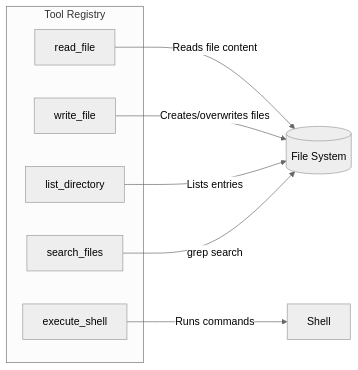
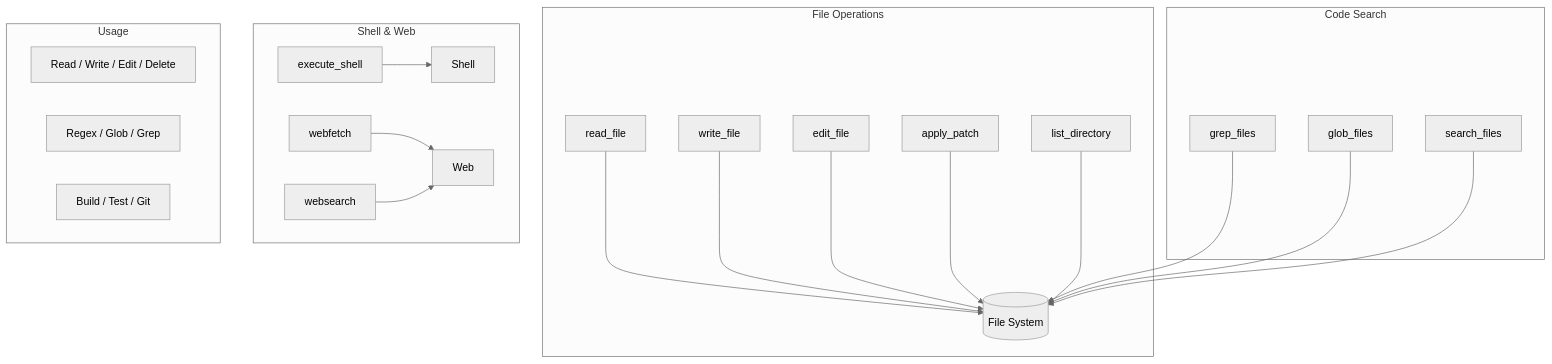
Before and after one commit to krsatyam36/xyz: the fifth of 8 diagrams in README.md, drawn with Mermaid (neutral theme). The commit also changed other lines of this file and 44 other files, not shown here.

````diff
--- a/README.md
+++ b/README.md
@@ -377,16 +467,28 @@
 ```mermaid
-graph LR
-    subgraph "Tool Registry"
-        RF[read_file]
-        WF[write_file]
-        LD[list_directory]
-        ES[execute_shell]
-        SF[search_files]
+graph TB
+    subgraph "File Operations"
+        RF[read_file] --> FS[(File System)]
+        WF[write_file] --> FS
+        EF[edit_file] --> FS
+        AP[apply_patch] --> FS
+        LD[list_directory] --> FS
     end
 
-    RF --> |Reads file content| FS[(File System)]
-    WF --> |Creates/overwrites files| FS
-    LD --> |Lists entries| FS
-    ES --> |Runs commands| Shell[Shell]
-    SF --> |grep search| FS
+    subgraph "Code Search"
+        GF[grep_files] --> FS
+        GL[glob_files] --> FS
+        SF[search_files] --> FS
+    end
+
+    subgraph "Shell & Web"
+        ES[execute_shell] --> SH[Shell]
+        WB[webfetch] --> WWW[Web]
+        WS[websearch] --> WWW
+    end
+
+    subgraph "Usage"
+        CRUD[Read / Write / Edit / Delete]
+        SEARCH[Regex / Glob / Grep]
+        EXEC[Build / Test / Git]
+    end
 ```
````
